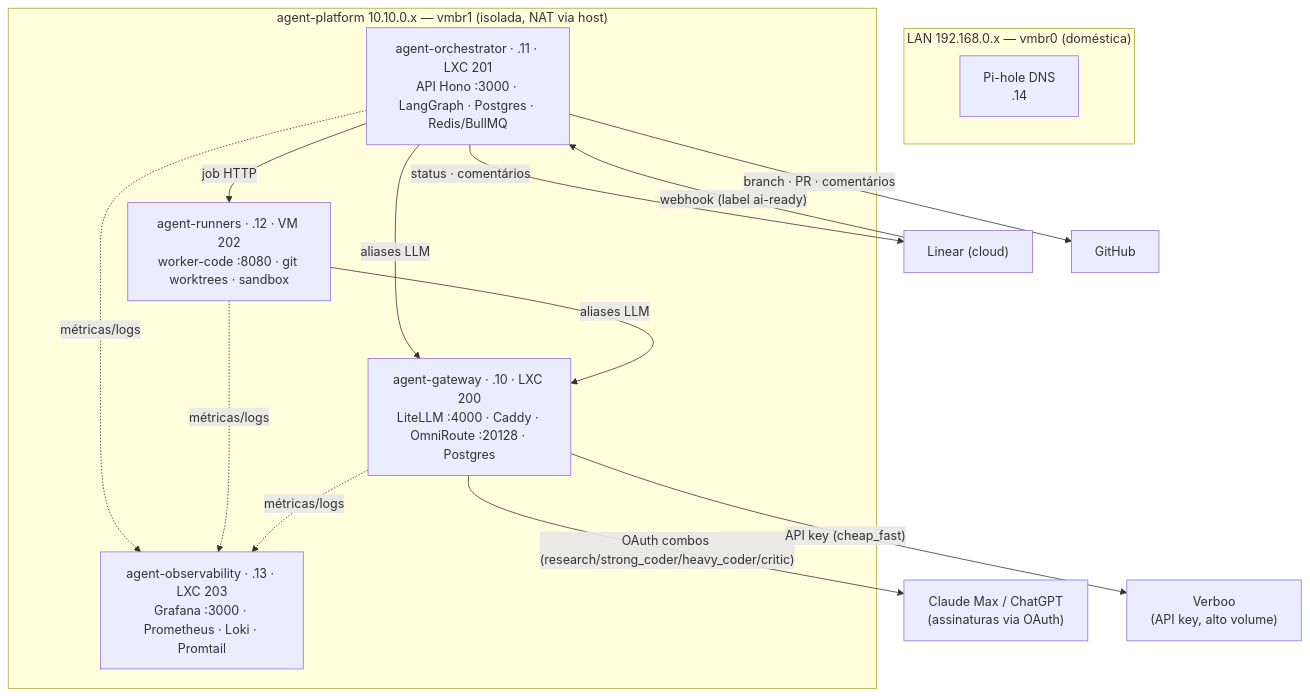
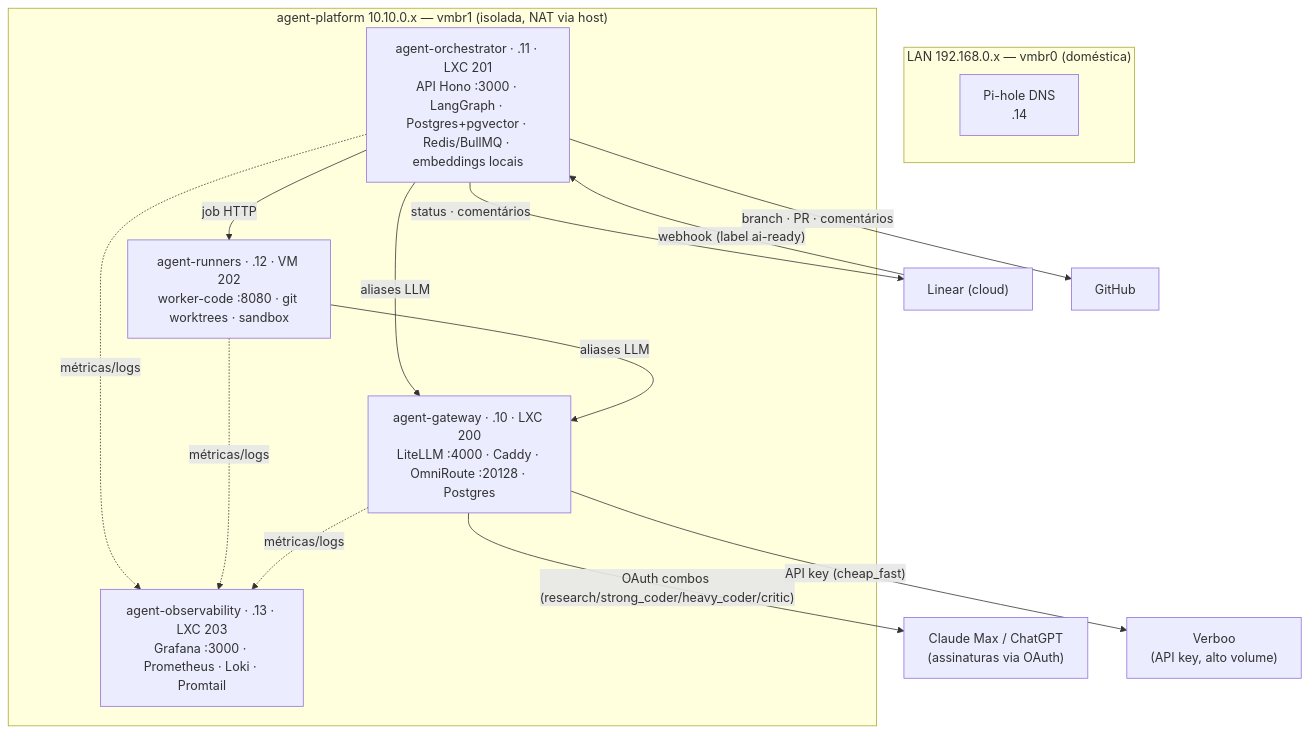
Before and after one commit to raniellimontagna/agent-platform: the first of 2 diagrams in docs/ARCHITECTURE.md, drawn with Mermaid. The commit also changed other lines of this file and 3 other files, not shown here.

Commit message:
docs: atualiza README/ARCHITECTURE/FLOW/runbook pra Fase 7 (registries, vector memory, multi-agent, review loop)

````diff
--- a/docs/ARCHITECTURE.md
+++ b/docs/ARCHITECTURE.md
@@ -13,30 +14,30 @@
 ```mermaid
 flowchart TB
   subgraph LAN["LAN 192.168.0.x — vmbr0 (doméstica)"]
     PIHOLE["Pi-hole DNS<br/>.14"]
   end
 
   subgraph AGENT["agent-platform 10.10.0.x — vmbr1 (isolada, NAT via host)"]
     GW["agent-gateway · .10 · LXC 200<br/>LiteLLM :4000 · Caddy · OmniRoute :20128 · Postgres"]
-    ORCH["agent-orchestrator · .11 · LXC 201<br/>API Hono :3000 · LangGraph · Postgres · Redis/BullMQ"]
+    ORCH["agent-orchestrator · .11 · LXC 201<br/>API Hono :3000 · LangGraph · Postgres+pgvector · Redis/BullMQ · embeddings locais"]
     RUN["agent-runners · .12 · VM 202<br/>worker-code :8080 · git worktrees · sandbox"]
     OBS["agent-observability · .13 · LXC 203<br/>Grafana :3000 · Prometheus · Loki · Promtail"]
   end
 
   LINEAR["Linear (cloud)"]
   GH["GitHub"]
   SUBS["Claude Max / ChatGPT<br/>(assinaturas via OAuth)"]
   VERBOO["Verboo<br/>(API key, alto volume)"]
 
   LINEAR -->|"webhook (label ai-ready)"| ORCH
   ORCH -->|"job HTTP"| RUN
   ORCH -->|"aliases LLM"| GW
   RUN -->|"aliases LLM"| GW
   GW -->|"OAuth combos (research/strong_coder/heavy_coder/critic)"| SUBS
   GW -->|"API key (cheap_fast)"| VERBOO
   ORCH -->|"branch · PR · comentários"| GH
   ORCH -->|"status · comentários"| LINEAR
   ORCH -.métricas/logs.-> OBS
   RUN -.métricas/logs.-> OBS
   GW -.métricas/logs.-> OBS
 ```
````
